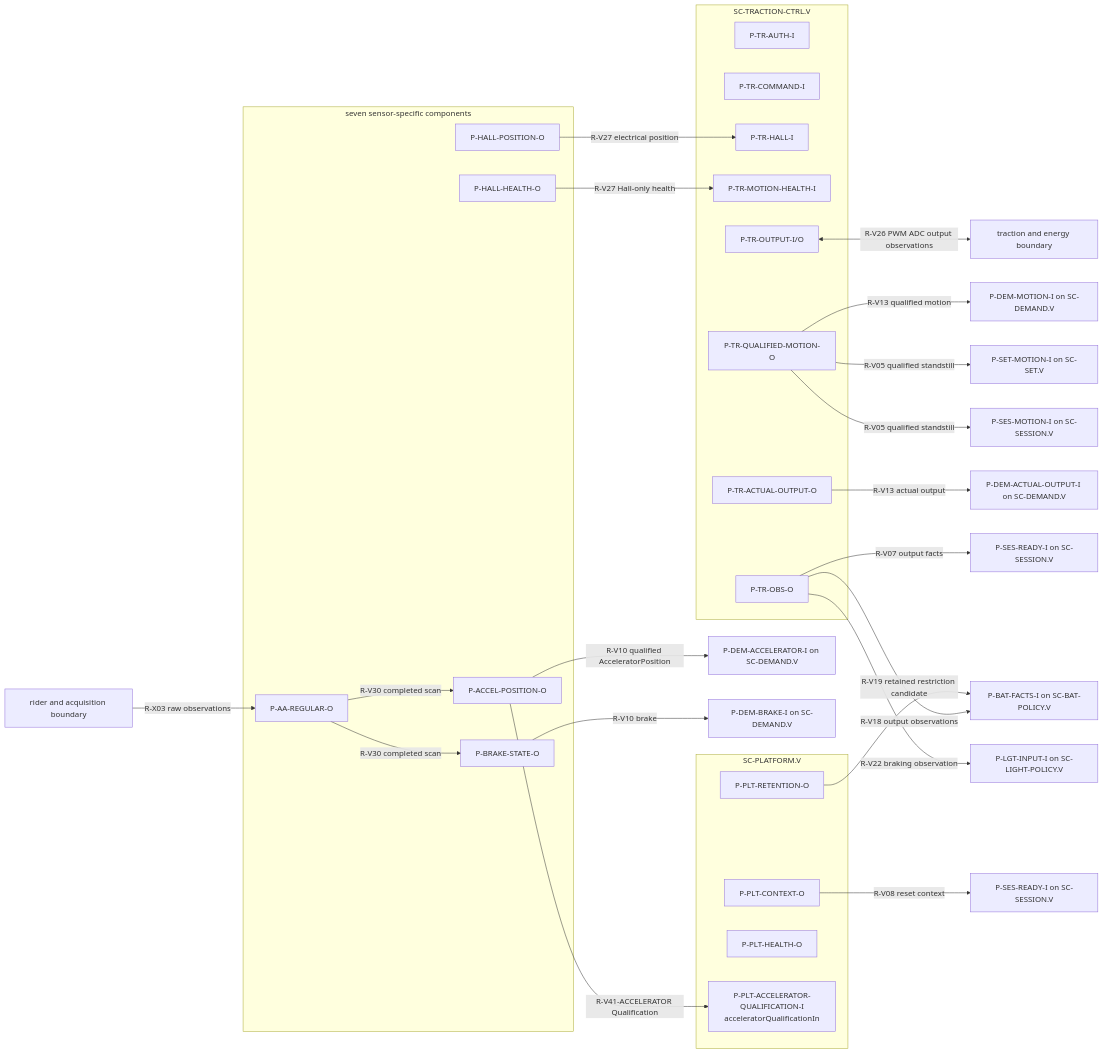
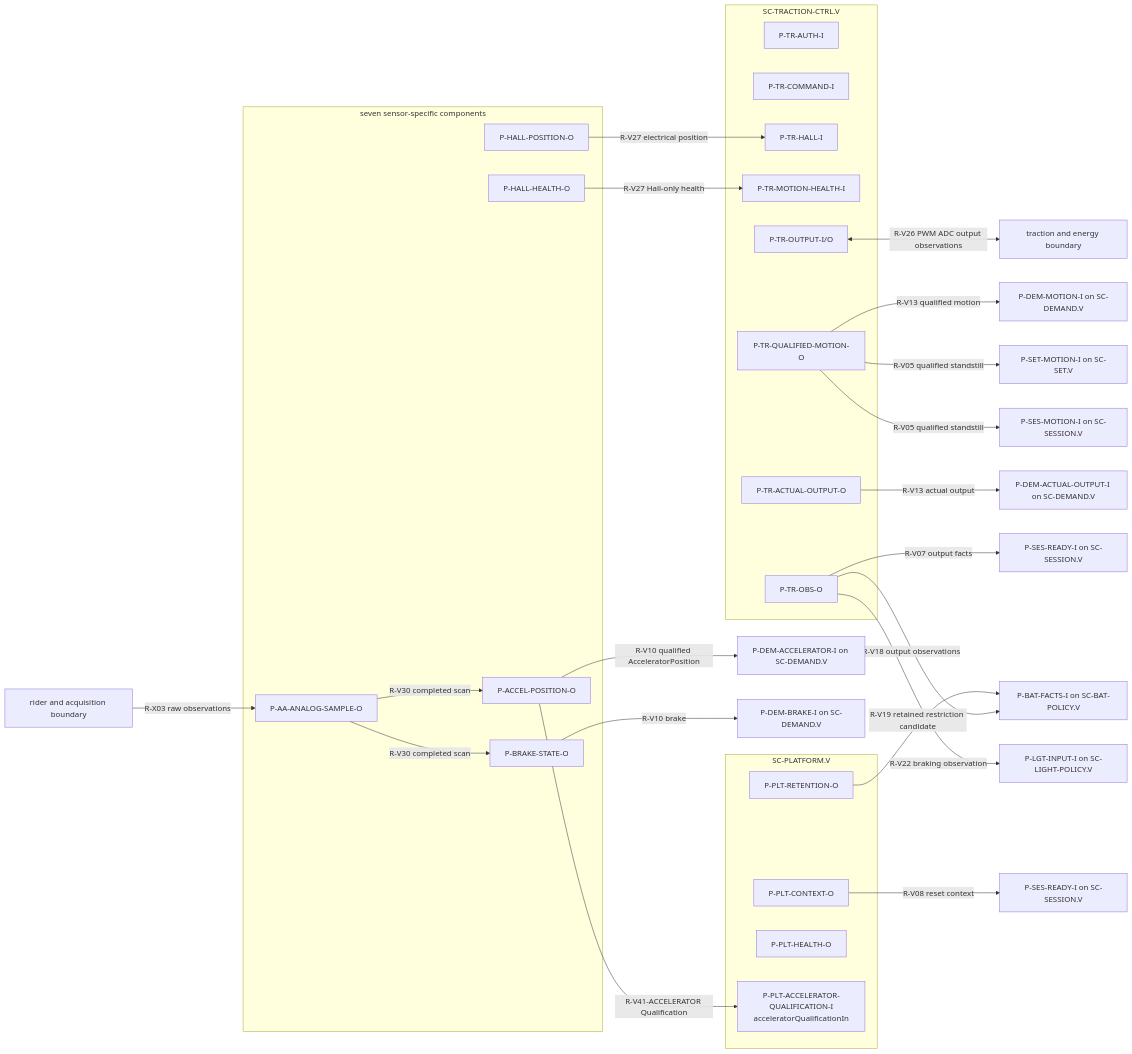
One commit to dhellhake/X2CityMCU changed the third of 4 diagrams in .devenv/Architecture/SoftwareArchitecture/ARCH-003_Software_Architecture.md. Above: the diagram before and after it, drawn with Mermaid. The commit also changed other lines of this file and 15 other files, not shown here.

Commit message:
Renamed ADC Sample data provided by AnalogAcquisition Component

````diff
--- a/.devenv/Architecture/SoftwareArchitecture/ARCH-003_Software_Architecture.md
+++ b/.devenv/Architecture/SoftwareArchitecture/ARCH-003_Software_Architecture.md
@@ -293,44 +293,44 @@
 ```mermaid
 flowchart LR
     subgraph SNS[seven sensor-specific components]
-        AAO[P-AA-REGULAR-O]
+        AAO[P-AA-ANALOG-SAMPLE-O]
         APO[P-ACCEL-POSITION-O]
         BSO[P-BRAKE-STATE-O]
         HPO[P-HALL-POSITION-O]
         HHO[P-HALL-HEALTH-O]
     end
     subgraph TR[SC-TRACTION-CTRL.V]
         TAI[P-TR-AUTH-I]
         TCI2[P-TR-COMMAND-I]
         THI[P-TR-HALL-I]
         TMH[P-TR-MOTION-HEALTH-I]
         TIO[P-TR-OUTPUT-I/O]
         TMO[P-TR-QUALIFIED-MOTION-O]
         TAO[P-TR-ACTUAL-OUTPUT-O]
         TOB[P-TR-OBS-O]
     end
     subgraph PLT[SC-PLATFORM.V]
         PCO[P-PLT-CONTEXT-O]
         PRO[P-PLT-RETENTION-O]
         PHO[P-PLT-HEALTH-O]
         AQI[P-PLT-ACCELERATOR-QUALIFICATION-I\nacceleratorQualificationIn]
     end
     RAW[rider and acquisition boundary] -->|R-X03 raw observations| AAO
     AAO -->|R-V30 completed scan| APO
     AAO -->|R-V30 completed scan| BSO
     HPO -->|R-V27 electrical position| THI
     TIO <-->|R-V26 PWM ADC output observations| HW[traction and energy boundary]
     PCO -->|R-V08 reset context| SEDI3[P-SES-READY-I on SC-SESSION.V]
     PRO -->|R-V19 retained restriction candidate| BFI2[P-BAT-FACTS-I on SC-BAT-POLICY.V]
     APO -->|R-V10 qualified AcceleratorPosition| DAI2[P-DEM-ACCELERATOR-I on SC-DEMAND.V]
     APO -->|R-V41-ACCELERATOR Qualification| AQI
     BSO -->|R-V10 brake| DBI2[P-DEM-BRAKE-I on SC-DEMAND.V]
     TOB -->|R-V07 output facts| SEDI2[P-SES-READY-I on SC-SESSION.V]
     HHO -->|R-V27 Hall-only health| TMH
     TMO -->|R-V13 qualified motion| DMI2[P-DEM-MOTION-I on SC-DEMAND.V]
     TMO -->|R-V05 qualified standstill| SMI2[P-SET-MOTION-I on SC-SET.V]
     TMO -->|R-V05 qualified standstill| SEMI2[P-SES-MOTION-I on SC-SESSION.V]
     TAO -->|R-V13 actual output| DAO2[P-DEM-ACTUAL-OUTPUT-I on SC-DEMAND.V]
     TOB -->|R-V18 output observations| BFI2
     TOB -->|R-V22 braking observation| LII2[P-LGT-INPUT-I on SC-LIGHT-POLICY.V]
 ```
````
